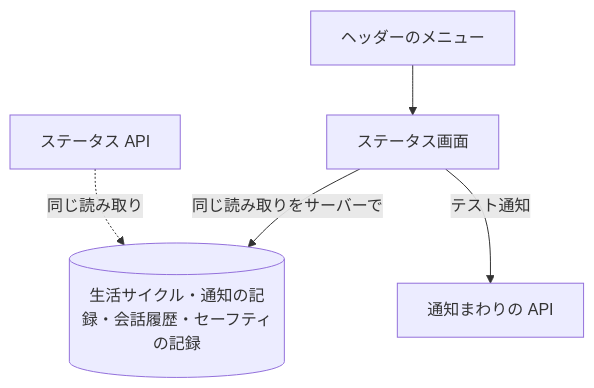
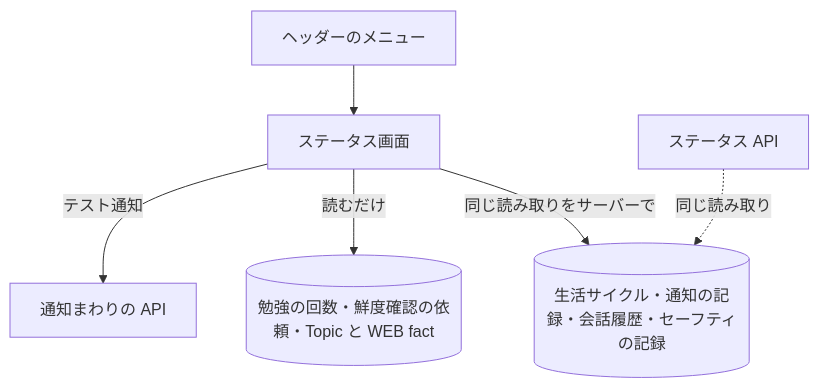
One commit to nagiyu/nagiyu-platform changed the diagram in docs/specs/livetalk/screen/status.md. Above: the diagram before and after it, drawn with Mermaid. The commit also changed other lines of this file and 5 other files, not shown here.

````diff
--- a/docs/specs/livetalk/screen/status.md
+++ b/docs/specs/livetalk/screen/status.md
@@ -110,7 +133,8 @@
 ```mermaid
 flowchart TD
     H[ヘッダーのメニュー] --> S[ステータス画面]
     S -->|同じ読み取りをサーバーで| D[(生活サイクル・通知の記録・会話履歴・セーフティの記録)]
+    S -->|読むだけ| U[(勉強の回数・鮮度確認の依頼・Topic と WEB fact)]
     S -->|テスト通知| A[通知まわりの API]
     API[ステータス API] -.同じ読み取り.-> D
 ```
````
